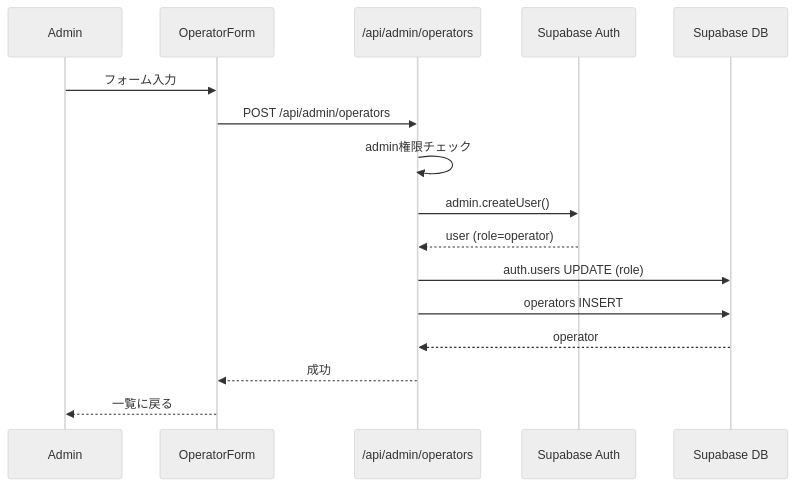
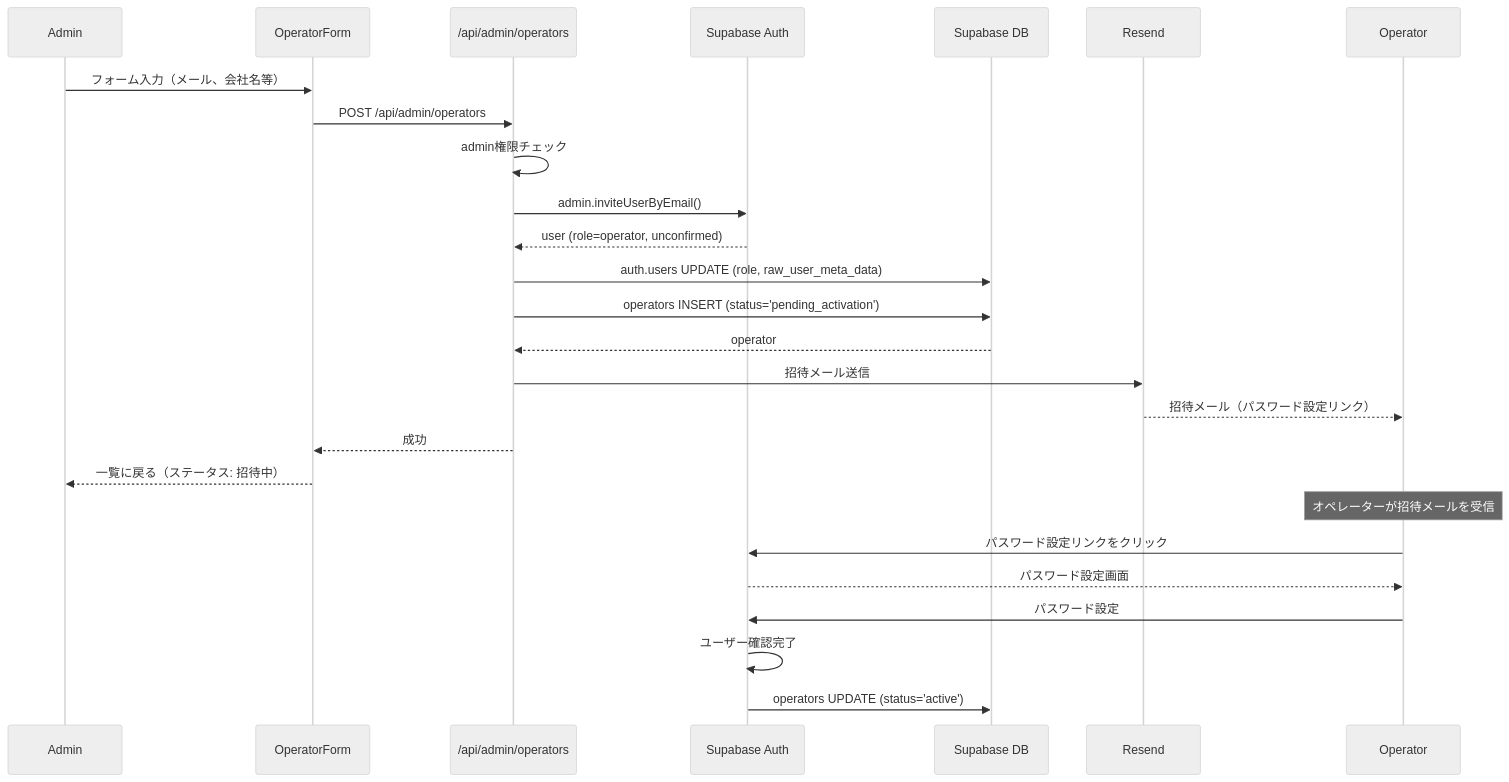
The diagram in .kiro/specs/operator-management/design.md (koma-ry1117/madoguchi-ai), drawn with Mermaid (neutral theme) before and after one commit. The commit also changed other lines of this file, not shown here.

First line of the commit message:
docs(operator-management): 招待メール方式によるオペレーター登録フローを追加

````diff
--- a/.kiro/specs/operator-management/design.md
+++ b/.kiro/specs/operator-management/design.md
@@ -65,22 +67,35 @@
 ```mermaid
 sequenceDiagram
     participant A as Admin
     participant UI as OperatorForm
     participant API as /api/admin/operators
     participant Auth as Supabase Auth
     participant DB as Supabase DB
+    participant Email as Resend
+    participant O as Operator
 
-    A->>UI: フォーム入力
+    A->>UI: フォーム入力（メール、会社名等）
     UI->>API: POST /api/admin/operators
 
     API->>API: admin権限チェック
-    API->>Auth: admin.createUser()
-    Auth-->>API: user (role=operator)
+    API->>Auth: admin.inviteUserByEmail()
+    Auth-->>API: user (role=operator, unconfirmed)
 
-    API->>DB: auth.users UPDATE (role)
-    API->>DB: operators INSERT
+    API->>DB: auth.users UPDATE (role, raw_user_meta_data)
+    API->>DB: operators INSERT (status='pending_activation')
     DB-->>API: operator
 
+    API->>Email: 招待メール送信
+    Email-->>O: 招待メール（パスワード設定リンク）
+
     API-->>UI: 成功
-    UI-->>A: 一覧に戻る
+    UI-->>A: 一覧に戻る（ステータス: 招待中）
+
+    Note over O: オペレーターが招待メールを受信
+
+    O->>Auth: パスワード設定リンクをクリック
+    Auth-->>O: パスワード設定画面
+    O->>Auth: パスワード設定
+    Auth->>Auth: ユーザー確認完了
+    Auth->>DB: operators UPDATE (status='active')
 ```
````
